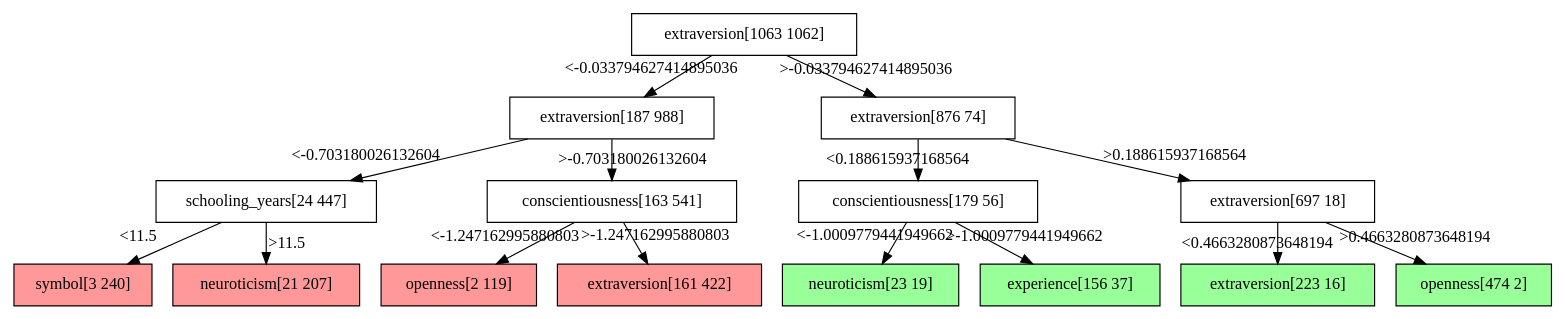
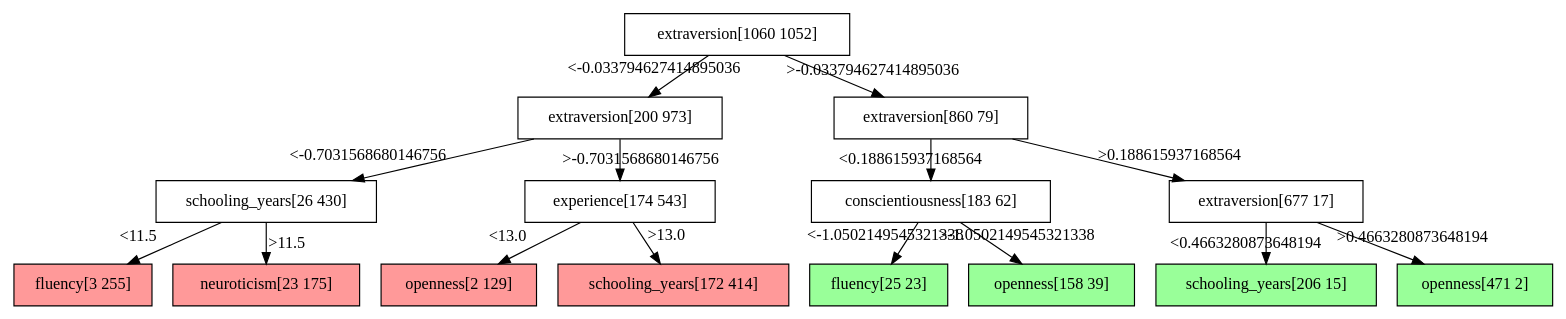
The diagram in skills_and_wages/bld/out/analysis/decision_tree.dot (Poojabl26/Programming-Project), drawn with Graphviz before and after one commit. The commit also changed 20 other files, not shown here.

```diff
--- a/skills_and_wages/bld/out/analysis/decision_tree.dot
+++ b/skills_and_wages/bld/out/analysis/decision_tree.dot
@@ -1,32 +1,32 @@
 digraph Tree {
 node [shape=box, style="filled", color="black"] ;
-0 [ label="extraversion[1063 1062]" , fillcolor="#ffffff"] ;
-1 [ label="extraversion[187 988]" , fillcolor="#ffffff"] ;
+0 [ label="extraversion[1060 1052]" , fillcolor="#ffffff"] ;
+1 [ label="extraversion[200 973]" , fillcolor="#ffffff"] ;
 0->1 [labeldistance=2.5, labelangle=45, headlabel="<-0.033794627414895036"] ;
-3 [ label="schooling_years[24 447]" , fillcolor="#ffffff"] ;
-1->3 [labeldistance=2.5, labelangle=45, headlabel="<-0.703180026132604"] ;
-5 [ label="symbol[3 240]" , fillcolor="#ff9999"] ;
+3 [ label="schooling_years[26 430]" , fillcolor="#ffffff"] ;
+1->3 [labeldistance=2.5, labelangle=45, headlabel="<-0.7031568680146756"] ;
+5 [ label="fluency[3 255]" , fillcolor="#ff9999"] ;
 3->5 [labeldistance=2.5, labelangle=45, headlabel="<11.5"] ;
-6 [ label="neuroticism[21 207]" , fillcolor="#ff9999"] ;
+6 [ label="neuroticism[23 175]" , fillcolor="#ff9999"] ;
 3->6 [labeldistance=2.5, labelangle=-45, headlabel=">11.5"] ;
-4 [ label="conscientiousness[163 541]" , fillcolor="#ffffff"] ;
-1->4 [labeldistance=2.5, labelangle=-45, headlabel=">-0.703180026132604"] ;
-7 [ label="openness[2 119]" , fillcolor="#ff9999"] ;
-4->7 [labeldistance=2.5, labelangle=45, headlabel="<-1.247162995880803"] ;
-8 [ label="extraversion[161 422]" , fillcolor="#ff9999"] ;
-4->8 [labeldistance=2.5, labelangle=-45, headlabel=">-1.247162995880803"] ;
-2 [ label="extraversion[876 74]" , fillcolor="#ffffff"] ;
+4 [ label="experience[174 543]" , fillcolor="#ffffff"] ;
+1->4 [labeldistance=2.5, labelangle=-45, headlabel=">-0.7031568680146756"] ;
+7 [ label="openness[2 129]" , fillcolor="#ff9999"] ;
+4->7 [labeldistance=2.5, labelangle=45, headlabel="<13.0"] ;
+8 [ label="schooling_years[172 414]" , fillcolor="#ff9999"] ;
+4->8 [labeldistance=2.5, labelangle=-45, headlabel=">13.0"] ;
+2 [ label="extraversion[860 79]" , fillcolor="#ffffff"] ;
 0->2 [labeldistance=2.5, labelangle=-45, headlabel=">-0.033794627414895036"] ;
-9 [ label="conscientiousness[179 56]" , fillcolor="#ffffff"] ;
+9 [ label="conscientiousness[183 62]" , fillcolor="#ffffff"] ;
 2->9 [labeldistance=2.5, labelangle=45, headlabel="<0.188615937168564"] ;
-11 [ label="neuroticism[23 19]" , fillcolor="#99ff99"] ;
-9->11 [labeldistance=2.5, labelangle=45, headlabel="<-1.0009779441949662"] ;
-12 [ label="experience[156 37]" , fillcolor="#99ff99"] ;
-9->12 [labeldistance=2.5, labelangle=-45, headlabel=">-1.0009779441949662"] ;
-10 [ label="extraversion[697 18]" , fillcolor="#ffffff"] ;
+11 [ label="fluency[25 23]" , fillcolor="#99ff99"] ;
+9->11 [labeldistance=2.5, labelangle=45, headlabel="<-1.0502149545321338"] ;
+12 [ label="openness[158 39]" , fillcolor="#99ff99"] ;
+9->12 [labeldistance=2.5, labelangle=-45, headlabel=">-1.0502149545321338"] ;
+10 [ label="extraversion[677 17]" , fillcolor="#ffffff"] ;
 2->10 [labeldistance=2.5, labelangle=-45, headlabel=">0.188615937168564"] ;
-13 [ label="extraversion[223 16]" , fillcolor="#99ff99"] ;
+13 [ label="schooling_years[206 15]" , fillcolor="#99ff99"] ;
 10->13 [labeldistance=2.5, labelangle=45, headlabel="<0.4663280873648194"] ;
-14 [ label="openness[474 2]" , fillcolor="#99ff99"] ;
+14 [ label="openness[471 2]" , fillcolor="#99ff99"] ;
 10->14 [labeldistance=2.5, labelangle=-45, headlabel=">0.4663280873648194"] ;
 }
```
